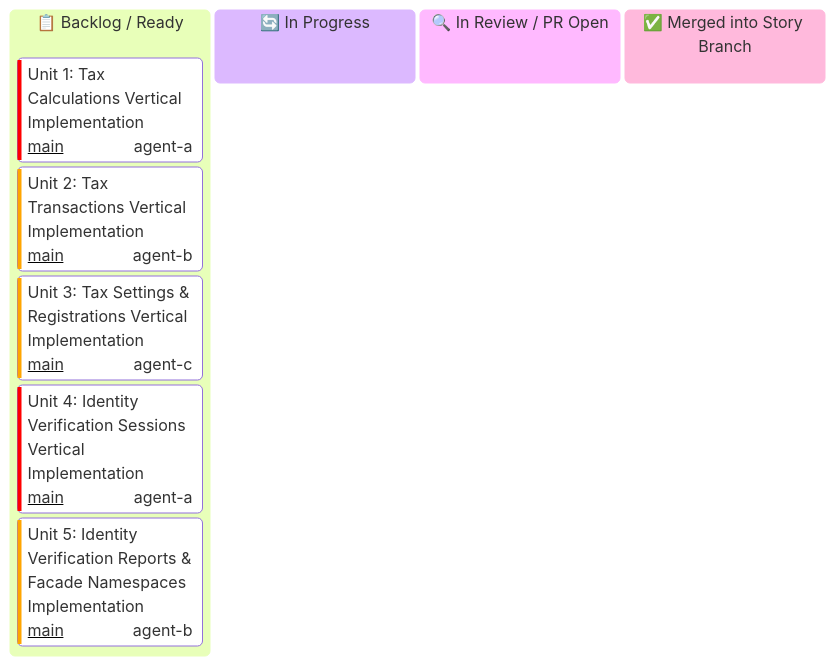
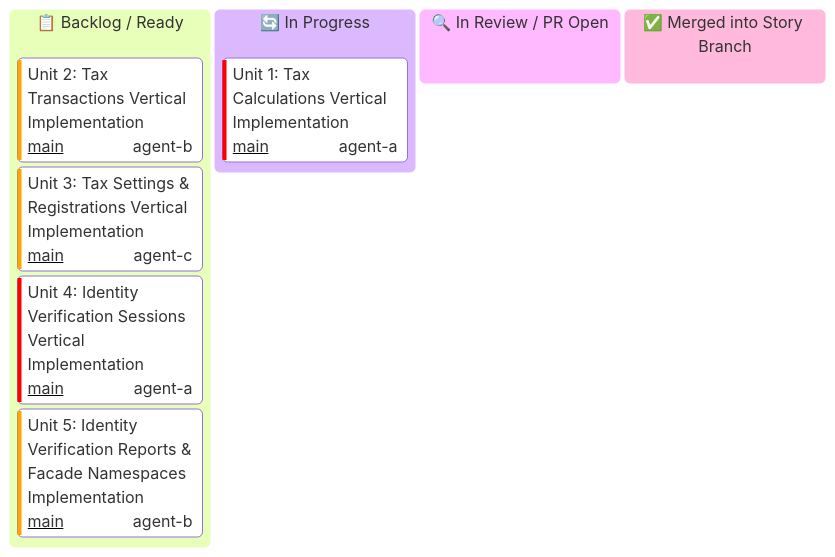
One commit to some-of-cs/some-stripe changed the diagram in docs/user-stories/module-7-specialized-product-namespaces/US-7.1.0-KANBAN.md. Above: the diagram before and after it, drawn with Mermaid. The commit also changed other lines of this file and 7 other files, not shown here.

Commit message:
feat(us-7.1.0/unit-1): tax calculations domain models and resource endpoints

````diff
--- a/docs/user-stories/module-7-specialized-product-namespaces/US-7.1.0-KANBAN.md
+++ b/docs/user-stories/module-7-specialized-product-namespaces/US-7.1.0-KANBAN.md
@@ -16,17 +16,17 @@
 ```mermaid
 ---
 config:
   kanban:
     ticketBaseUrl: 'https://github.com/some-of-cs/some-stripe/pull/#TICKET#'
 ---
 kanban
   todo[📋 Backlog / Ready]
-    u1[Unit 1: Tax Calculations Vertical Implementation]@{ ticket: 'main', assigned: 'agent-a', priority: 'Very High' }
     u2[Unit 2: Tax Transactions Vertical Implementation]@{ ticket: 'main', assigned: 'agent-b', priority: 'High' }
     u3[Unit 3: Tax Settings & Registrations Vertical Implementation]@{ ticket: 'main', assigned: 'agent-c', priority: 'High' }
     u4[Unit 4: Identity Verification Sessions Vertical Implementation]@{ ticket: 'main', assigned: 'agent-a', priority: 'Very High' }
     u5[Unit 5: Identity Verification Reports & Facade Namespaces Implementation]@{ ticket: 'main', assigned: 'agent-b', priority: 'High' }
   in_progress[🔄 In Progress]
+    u1[Unit 1: Tax Calculations Vertical Implementation]@{ ticket: 'main', assigned: 'agent-a', priority: 'Very High' }
   in_review[🔍 In Review / PR Open]
   done[✅ Merged into Story Branch]
 ```
````
